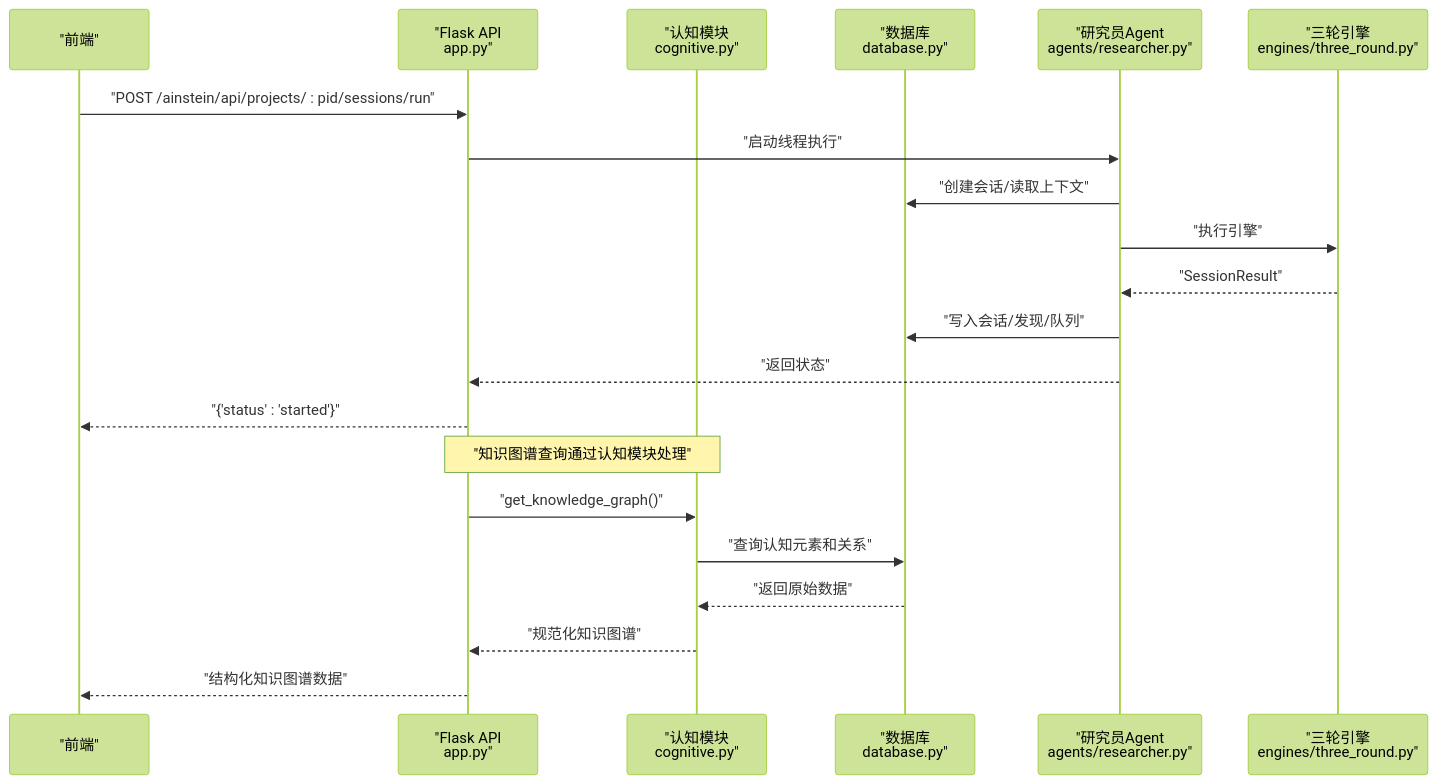
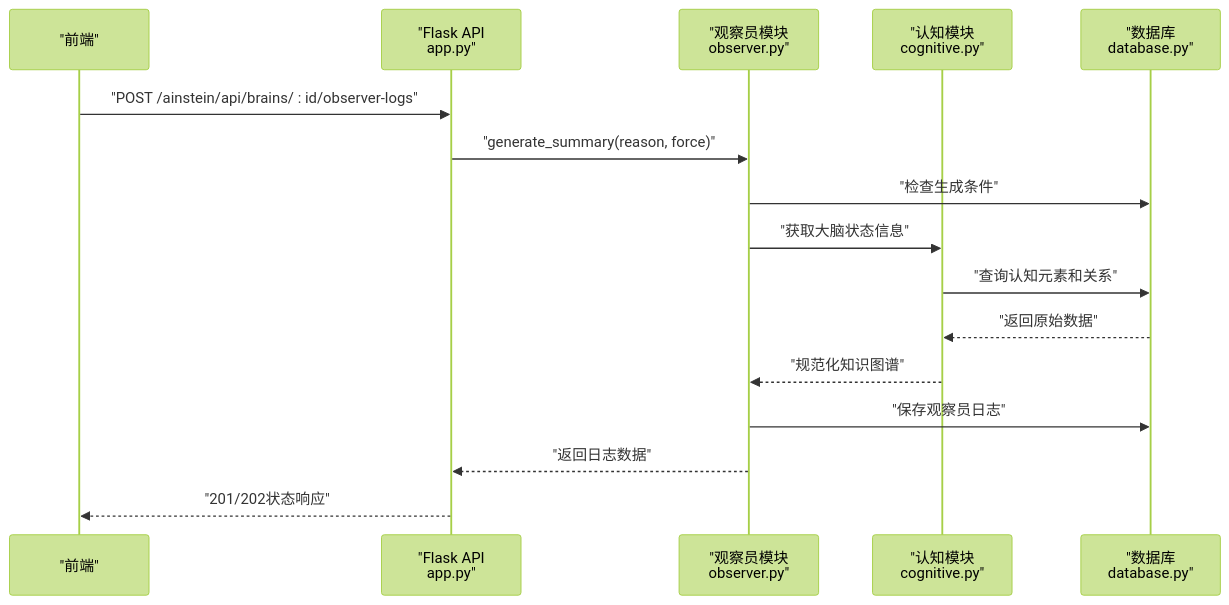
Before and after one commit to GDY-ai/ainstein: the fifth of 7 diagrams in .qoder/repowiki/zh/content/前端应用/API集成.md, drawn with Mermaid (forest theme). The commit also changed other lines of this file and 19 other files, not shown here.

````diff
--- a/.qoder/repowiki/zh/content/前端应用/API集成.md
+++ b/.qoder/repowiki/zh/content/前端应用/API集成.md
@@ -278,23 +403,18 @@
 ```mermaid
 sequenceDiagram
 participant FE as "前端"
 participant API as "Flask API<br/>app.py"
+participant Observer as "观察员模块<br/>observer.py"
 participant Cog as "认知模块<br/>cognitive.py"
 participant DB as "数据库<br/>database.py"
-participant AG as "研究员Agent<br/>agents/researcher.py"
-participant ENG as "三轮引擎<br/>engines/three_round.py"
-FE->>API : "POST /ainstein/api/projects/ : pid/sessions/run"
-API->>AG : "启动线程执行"
-AG->>DB : "创建会话/读取上下文"
-AG->>ENG : "执行引擎"
-ENG-->>AG : "SessionResult"
-AG->>DB : "写入会话/发现/队列"
-AG-->>API : "返回状态"
-API-->>FE : "{'status' : 'started'}"
-Note over API,Cog : "知识图谱查询通过认知模块处理"
-API->>Cog : "get_knowledge_graph()"
+FE->>API : "POST /ainstein/api/brains/ : id/observer-logs"
+API->>Observer : "generate_summary(reason, force)"
+Observer->>DB : "检查生成条件"
+Observer->>Cog : "获取大脑状态信息"
 Cog->>DB : "查询认知元素和关系"
 DB-->>Cog : "返回原始数据"
-Cog-->>API : "规范化知识图谱"
-API-->>FE : "结构化知识图谱数据"
+Cog-->>Observer : "规范化知识图谱"
+Observer->>DB : "保存观察员日志"
+Observer-->>API : "返回日志数据"
+API-->>FE : "201/202状态响应"
 ```
````
